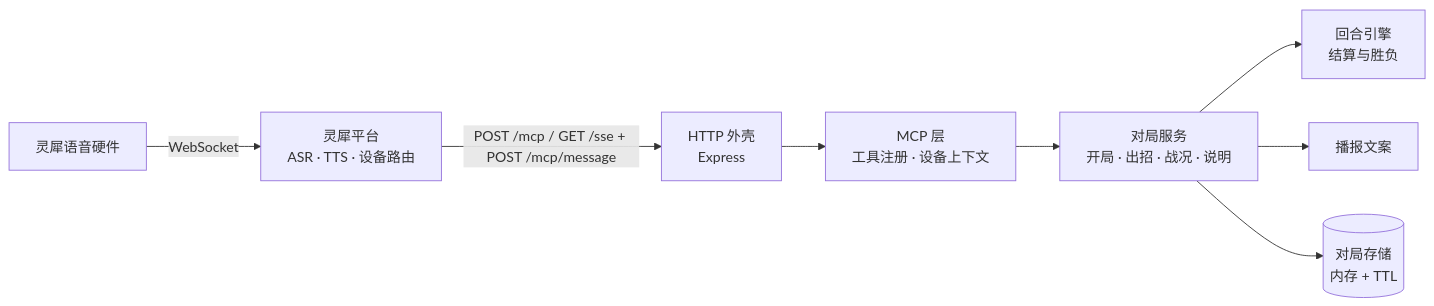
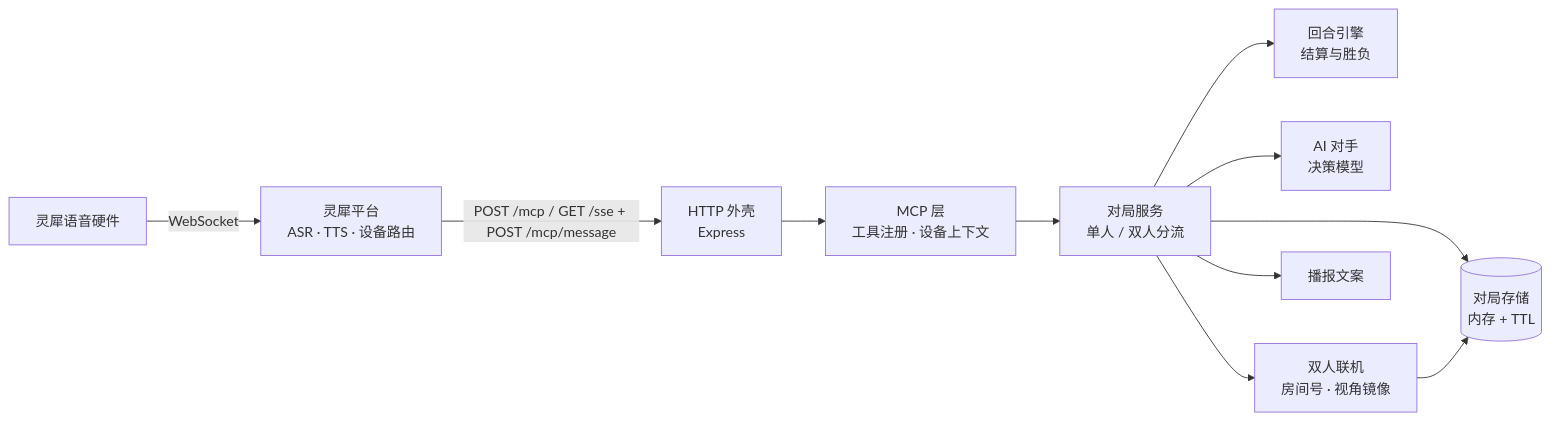
The diagram in README.md (sorcerer-ma/linx-fighter), drawn with Mermaid before and after one commit. The commit also changed other lines of this file and 4 other files, not shown here.

Commit message:
docs: 同步 v0.2 玩法、双人联机与意图模型

````diff
--- a/README.md
+++ b/README.md
@@ -112,10 +124,13 @@
 ```mermaid
 flowchart LR
   Device[灵犀语音硬件] -- WebSocket --> Platform[灵犀平台<br/>ASR · TTS · 设备路由]
   Platform -- "POST /mcp / GET /sse + POST /mcp/message" --> Http[HTTP 外壳<br/>Express]
   Http --> Mcp[MCP 层<br/>工具注册 · 设备上下文]
-  Mcp --> Game[对局服务<br/>开局 · 出招 · 战况 · 说明]
+  Mcp --> Game[对局服务<br/>单人 / 双人分流]
   Game --> Engine[回合引擎<br/>结算与胜负]
+  Game --> Enemy[AI 对手<br/>决策模型]
+  Game --> Pvp[双人联机<br/>房间号 · 视角镜像]
   Game --> Narrator[播报文案]
   Game --> Store[(对局存储<br/>内存 + TTL)]
+  Pvp --> Store
 ```
````
